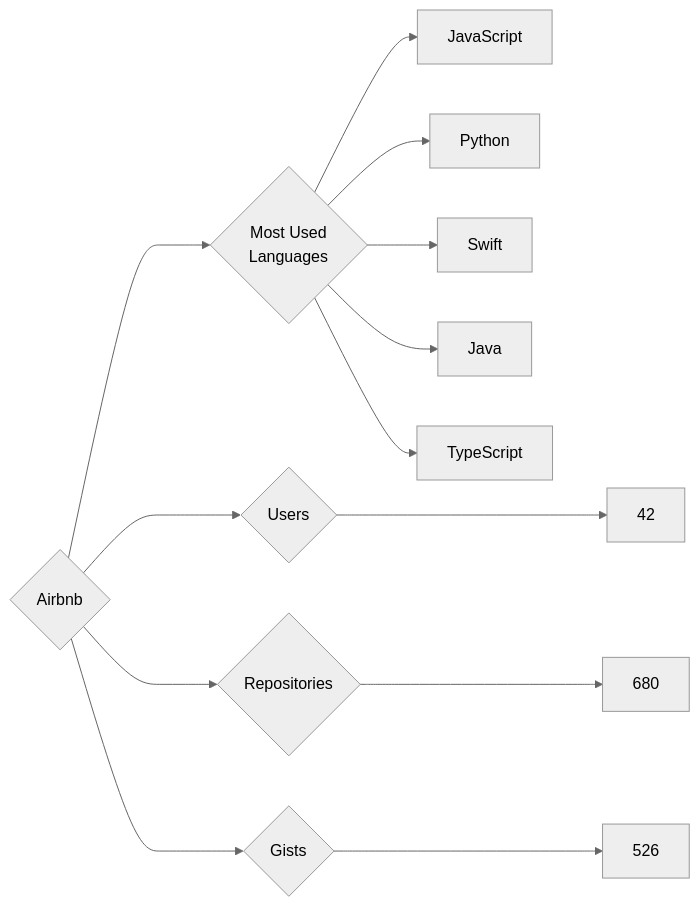
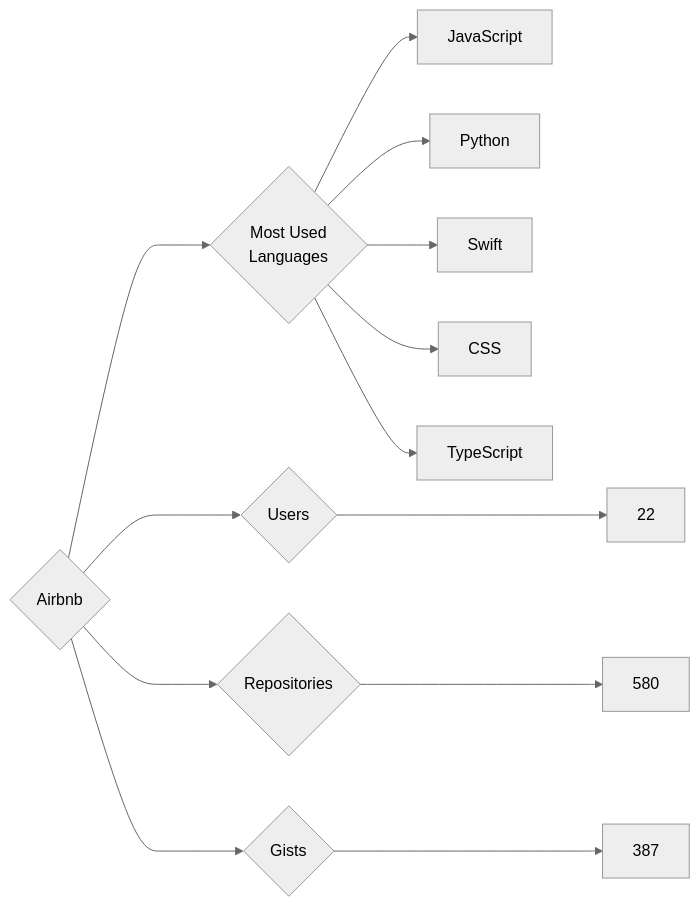
One commit to trickest/insiders changed the diagram in targets/Airbnb/README.md. Above: the diagram before and after it, drawn with Mermaid (neutral theme). The commit also changed 927 other files, not shown here.

````diff
--- a/targets/Airbnb/README.md
+++ b/targets/Airbnb/README.md
@@ -3,13 +3,13 @@
 ```mermaid
 graph LR
 COMPANY_NAME{Airbnb}
-COMPANY_NAME ---> U{Users} ---> UN[42]
-COMPANY_NAME ---> R{Repositories} ---> RN[680]
-COMPANY_NAME ---> G{Gists} ---> GN[526]
+COMPANY_NAME ---> U{Users} ---> UN[22]
+COMPANY_NAME ---> R{Repositories} ---> RN[580]
+COMPANY_NAME ---> G{Gists} ---> GN[387]
 COMPANY_NAME ---> ML{Most Used<br>Languages}
 ML --> JavaScript[JavaScript]
 ML --> Python[Python]
 ML --> Swift[Swift]
-ML --> Java[Java]
+ML --> CSS[CSS]
 ML --> TypeScript[TypeScript]
 ```
````
